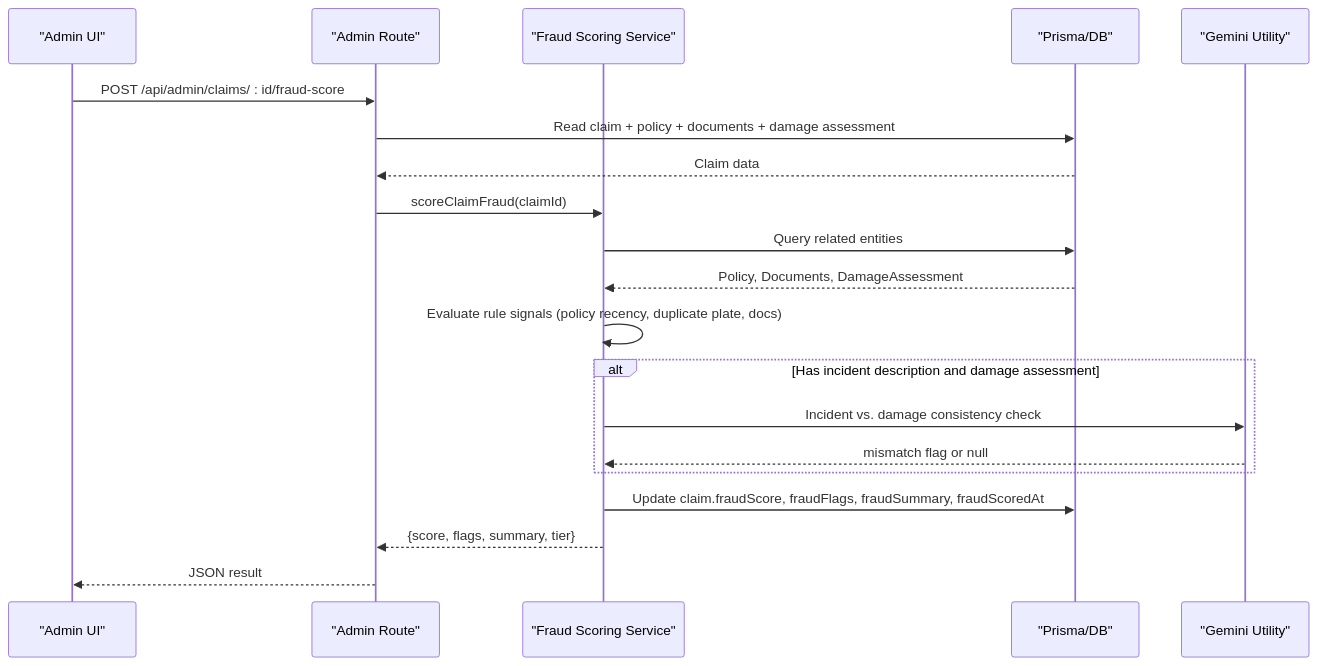
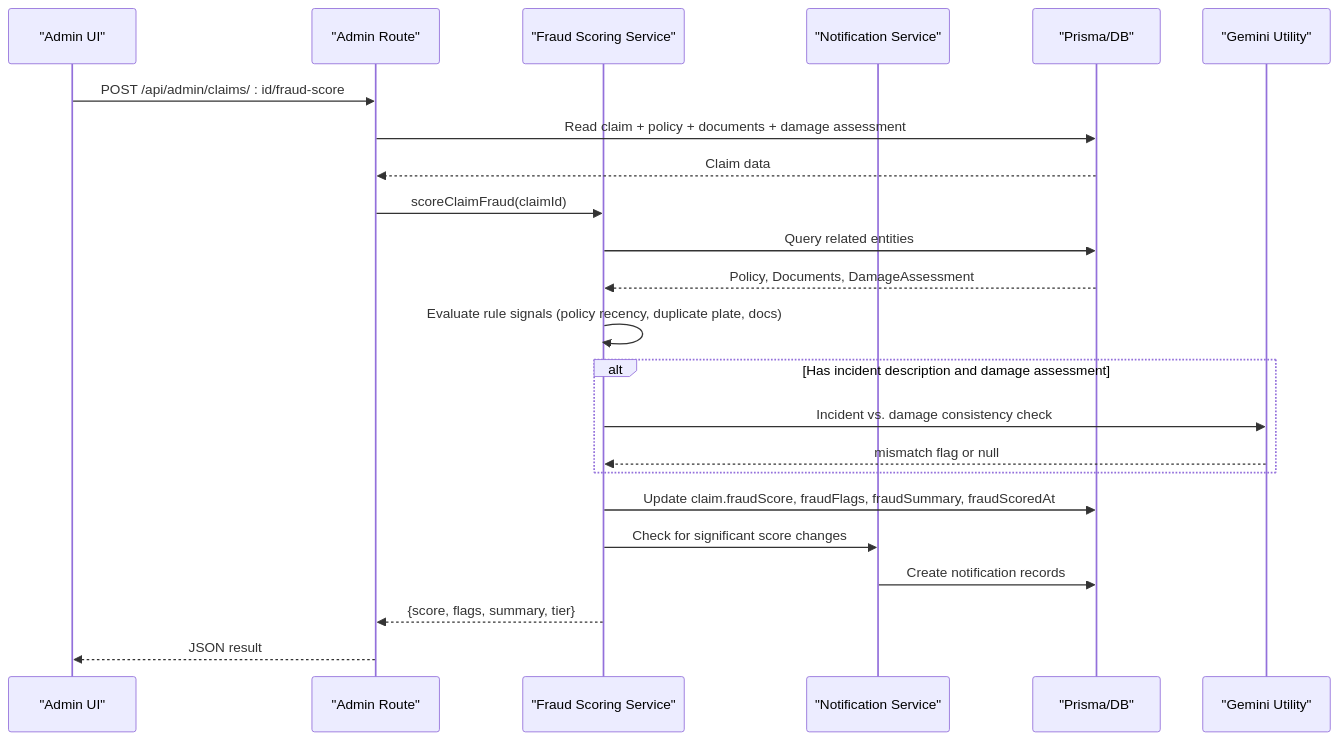
The second of 12 diagrams in .qoder/repowiki/en/content/Backend Documentation/Business Logic & Services/AI-Powered Fraud Scoring Engine.md (NaveenHiranya/Smart-Vehicle-Insurance-Claim-System), drawn with Mermaid before and after one commit. The commit also changed other lines of this file and 46 other files, not shown here.

````diff
--- a/.qoder/repowiki/en/content/Backend Documentation/Business Logic & Services/AI-Powered Fraud Scoring Engine.md
+++ b/.qoder/repowiki/en/content/Backend Documentation/Business Logic & Services/AI-Powered Fraud Scoring Engine.md
@@ -98,22 +119,25 @@
 ```mermaid
 sequenceDiagram
 participant AdminUI as "Admin UI"
 participant AdminAPI as "Admin Route"
 participant Scorer as "Fraud Scoring Service"
+participant Notifier as "Notification Service"
 participant DB as "Prisma/DB"
 participant LLM as "Gemini Utility"
 AdminUI->>AdminAPI : POST /api/admin/claims/ : id/fraud-score
 AdminAPI->>DB : Read claim + policy + documents + damage assessment
 DB-->>AdminAPI : Claim data
 AdminAPI->>Scorer : scoreClaimFraud(claimId)
 Scorer->>DB : Query related entities
 DB-->>Scorer : Policy, Documents, DamageAssessment
 Scorer->>Scorer : Evaluate rule signals (policy recency, duplicate plate, docs)
 alt Has incident description and damage assessment
 Scorer->>LLM : Incident vs. damage consistency check
 LLM-->>Scorer : mismatch flag or null
 end
 Scorer->>DB : Update claim.fraudScore, fraudFlags, fraudSummary, fraudScoredAt
+Scorer->>Notifier : Check for significant score changes
+Notifier->>DB : Create notification records
 Scorer-->>AdminAPI : {score, flags, summary, tier}
 AdminAPI-->>AdminUI : JSON result
 ```
````
